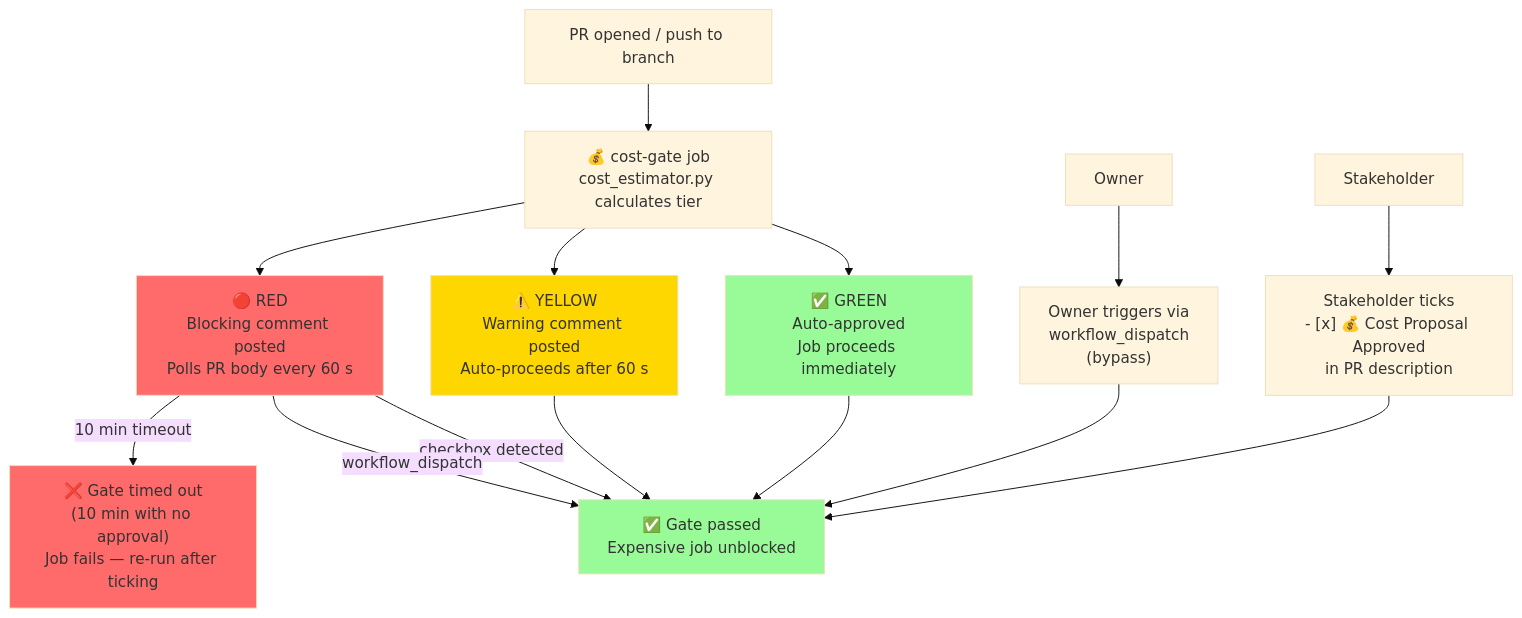
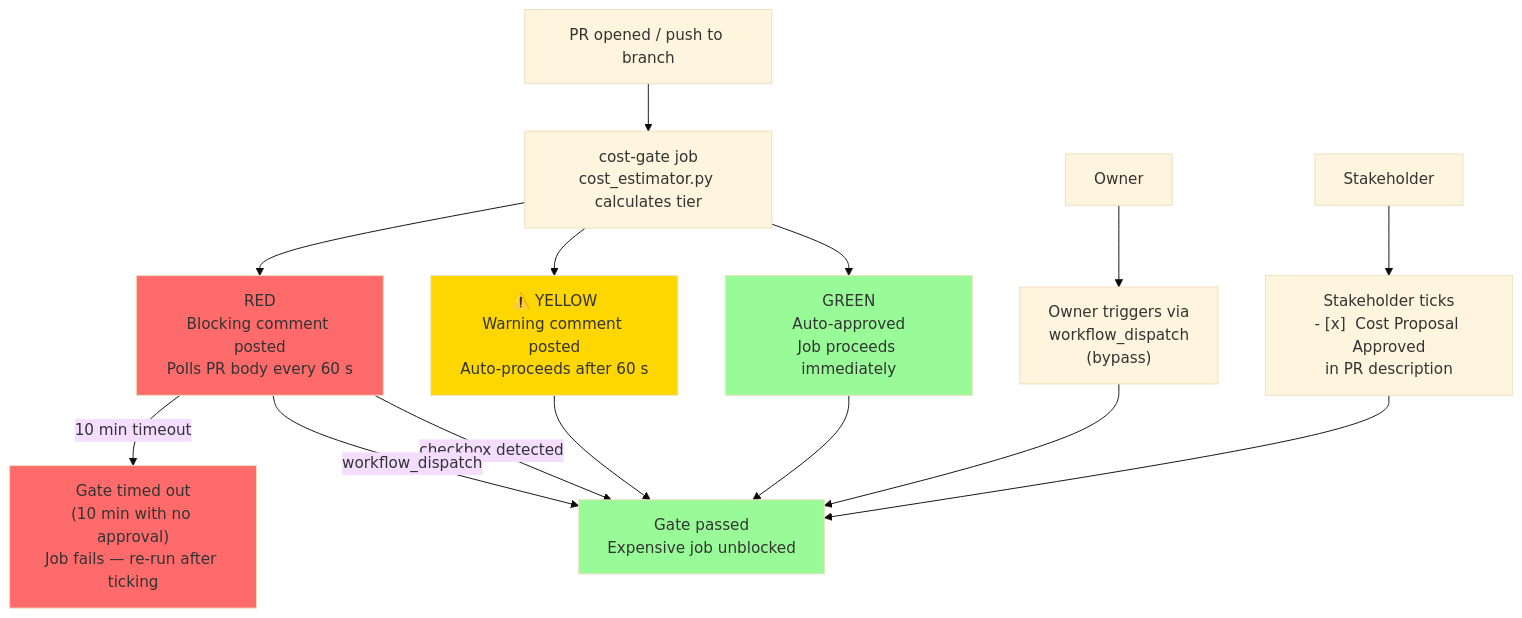
One commit to Aries-Serpent/_codex_ changed the diagram in docs/ops/COST_GOVERNANCE.md. Above: the diagram before and after it, drawn with Mermaid (base theme). The commit also changed other lines of this file and 2029 other files, not shown here.

````diff
--- a/docs/ops/COST_GOVERNANCE.md
+++ b/docs/ops/COST_GOVERNANCE.md
@@ -86,29 +88,29 @@
 ```mermaid
-%%{init: {'accessibility': {'title': 'Flowchart showing "PR opened / push to branch", "💰 cost-gate job\ncost_estimator.py calculates tier"'}}%%
+%%{init: {'accessibility': {'title': 'Flowchart showing "PR opened / push to branch", " cost-gate job\ncost_estimator.py calculates tier"'}}%%
 flowchart TD
     PR["PR opened / push to branch"]
-    COST["💰 cost-gate job\ncost_estimator.py calculates tier"]
-    GREEN["✅ GREEN\nAuto-approved\nJob proceeds immediately"]
+    COST[" cost-gate job\ncost_estimator.py calculates tier"]
+    GREEN[" GREEN\nAuto-approved\nJob proceeds immediately"]
     YELLOW["⚠️ YELLOW\nWarning comment posted\nAuto-proceeds after 60 s"]
-    RED["🔴 RED\nBlocking comment posted\nPolls PR body every 60 s"]
-    CHECKBOX["Stakeholder ticks\n- [x] 💰 Cost Proposal Approved\nin PR description"]
+    RED[" RED\nBlocking comment posted\nPolls PR body every 60 s"]
+    CHECKBOX["Stakeholder ticks\n- [x]  Cost Proposal Approved\nin PR description"]
     DISPATCH["Owner triggers via\nworkflow_dispatch\n(bypass)"]
-    APPROVED["✅ Gate passed\nExpensive job unblocked"]
-    TIMEOUT["❌ Gate timed out\n(10 min with no approval)\nJob fails — re-run after ticking"]
+    APPROVED[" Gate passed\nExpensive job unblocked"]
+    TIMEOUT[" Gate timed out\n(10 min with no approval)\nJob fails — re-run after ticking"]
 
     PR --> COST
     COST --> GREEN --> APPROVED
     COST --> YELLOW --> APPROVED
     COST --> RED
     RED -->|"checkbox detected"| APPROVED
     RED -->|"workflow_dispatch"| APPROVED
     DISPATCHER[Owner] --> DISPATCH --> APPROVED
     STAKEHOLDER[Stakeholder] --> CHECKBOX --> APPROVED
     RED -->|"10 min timeout"| TIMEOUT
 
     style GREEN fill:#98fb98
     style YELLOW fill:#ffd700
     style RED fill:#ff6b6b
     style APPROVED fill:#98fb98
     style TIMEOUT fill:#ff6b6b
 ```
````
